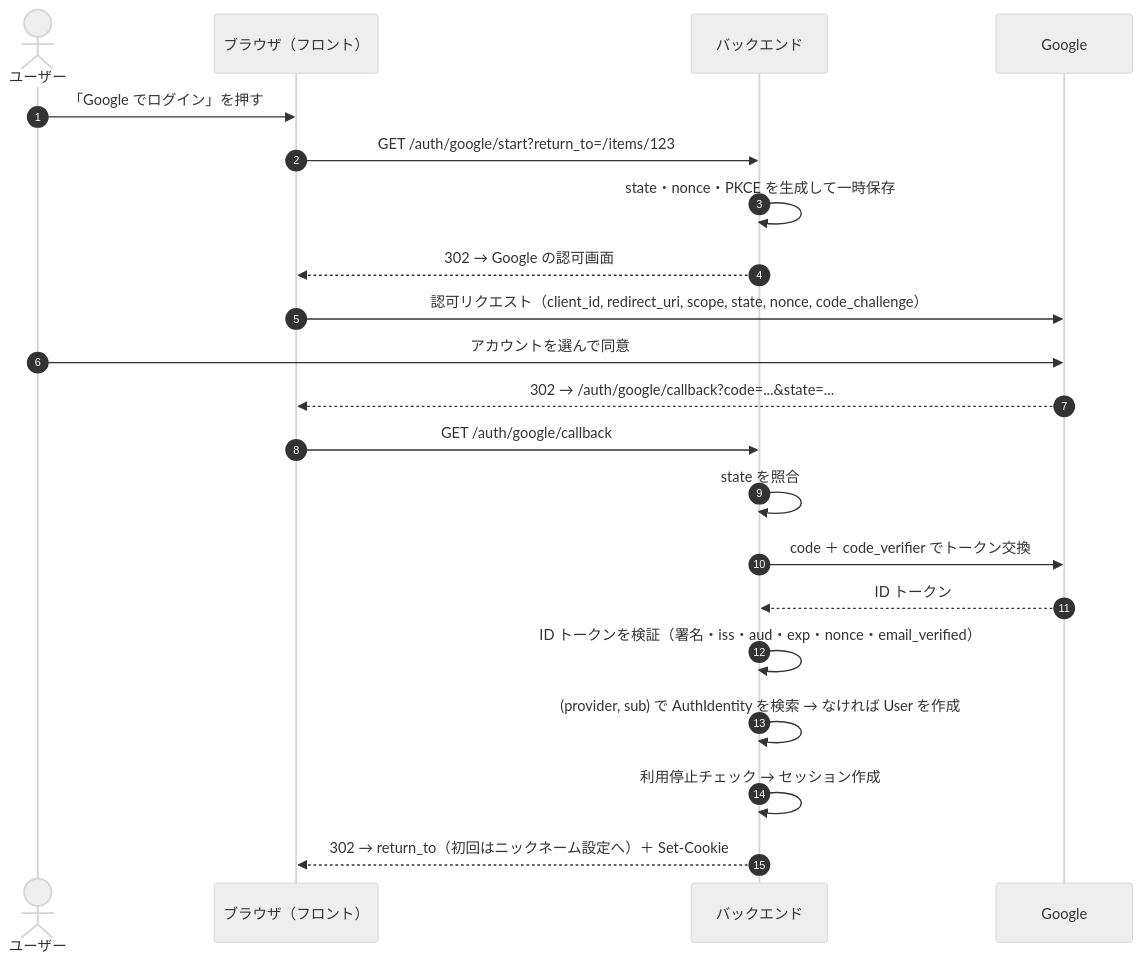
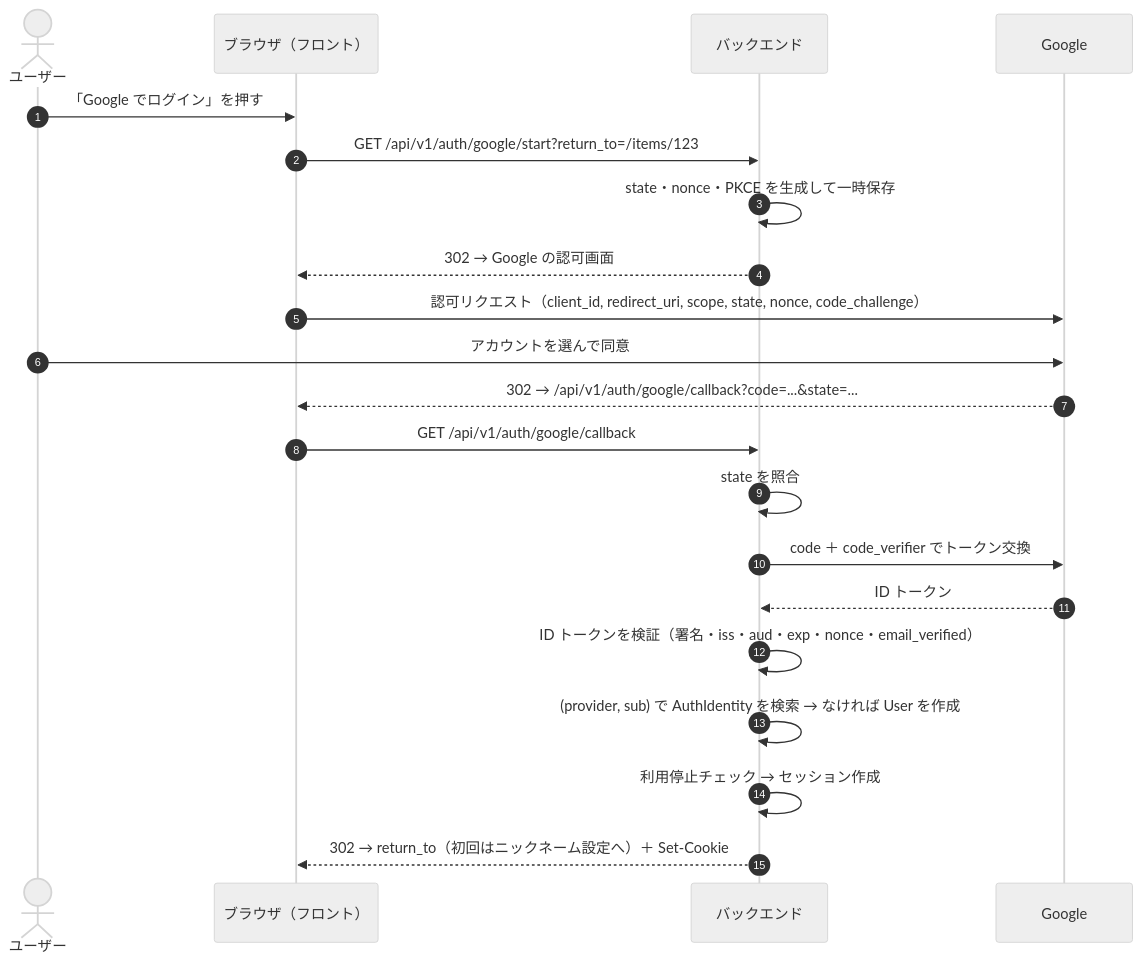
The diagram in docs/architecture/auth-001-google-login-design.md (hbsryuryu/mokumoku10m), drawn with Mermaid (neutral theme) before and after one commit. The commit also changed other lines of this file and 6 other files, not shown here.

````diff
--- a/docs/architecture/auth-001-google-login-design.md
+++ b/docs/architecture/auth-001-google-login-design.md
@@ -17,23 +17,23 @@
 ```mermaid
 sequenceDiagram
     autonumber
     actor U as ユーザー
     participant W as ブラウザ（フロント）
     participant S as バックエンド
     participant G as Google
     U->>W: 「Google でログイン」を押す
-    W->>S: GET /auth/google/start?return_to=/items/123
+    W->>S: GET /api/v1/auth/google/start?return_to=/items/123
     S->>S: state・nonce・PKCE を生成して一時保存
     S-->>W: 302 → Google の認可画面
     W->>G: 認可リクエスト（client_id, redirect_uri, scope, state, nonce, code_challenge）
     U->>G: アカウントを選んで同意
-    G-->>W: 302 → /auth/google/callback?code=...&state=...
-    W->>S: GET /auth/google/callback
+    G-->>W: 302 → /api/v1/auth/google/callback?code=...&state=...
+    W->>S: GET /api/v1/auth/google/callback
     S->>S: state を照合
     S->>G: code ＋ code_verifier でトークン交換
     G-->>S: ID トークン
     S->>S: ID トークンを検証（署名・iss・aud・exp・nonce・email_verified）
     S->>S: (provider, sub) で AuthIdentity を検索 → なければ User を作成
     S->>S: 利用停止チェック → セッション作成
     S-->>W: 302 → return_to（初回はニックネーム設定へ）＋ Set-Cookie
 ```
````
